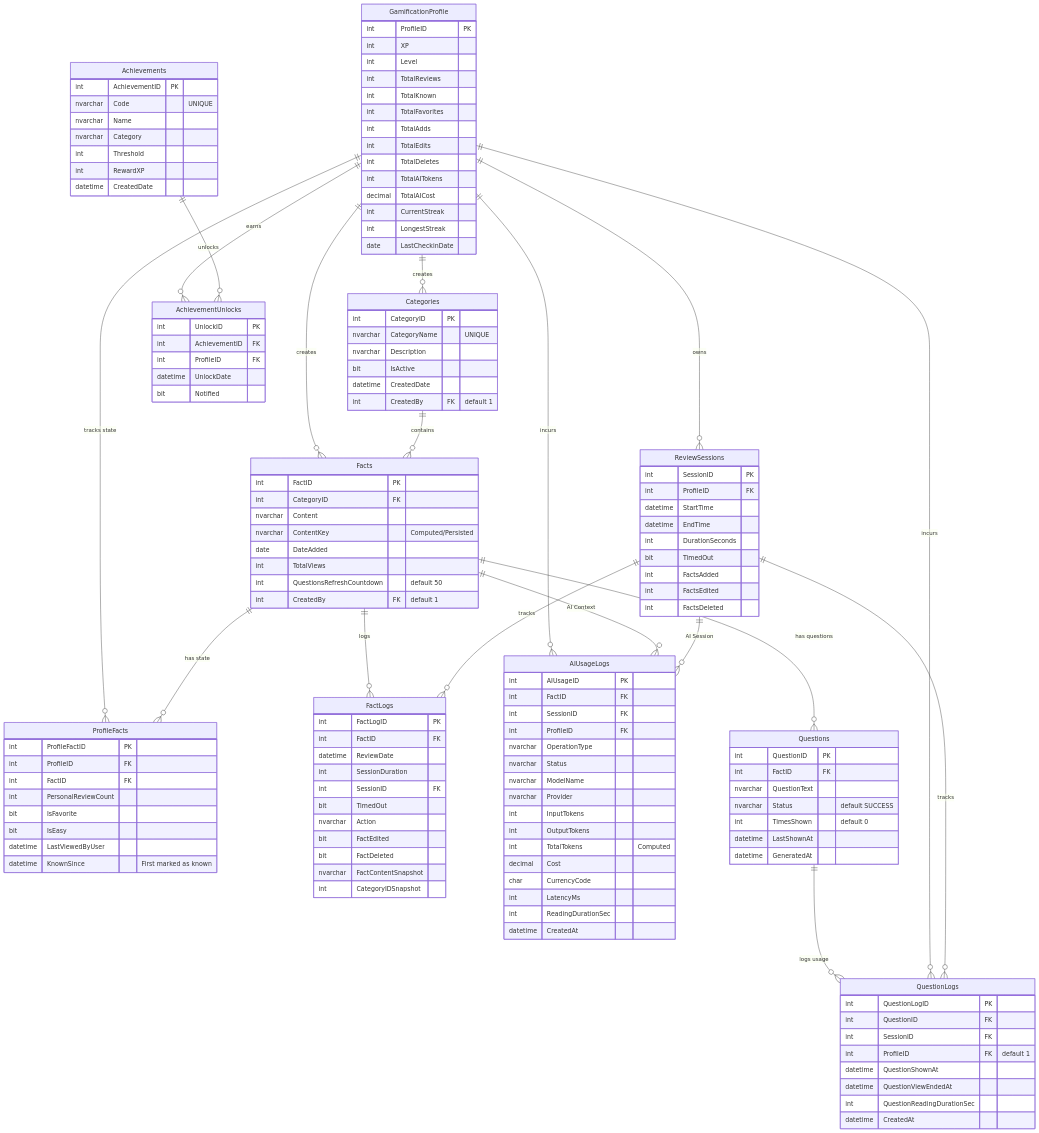
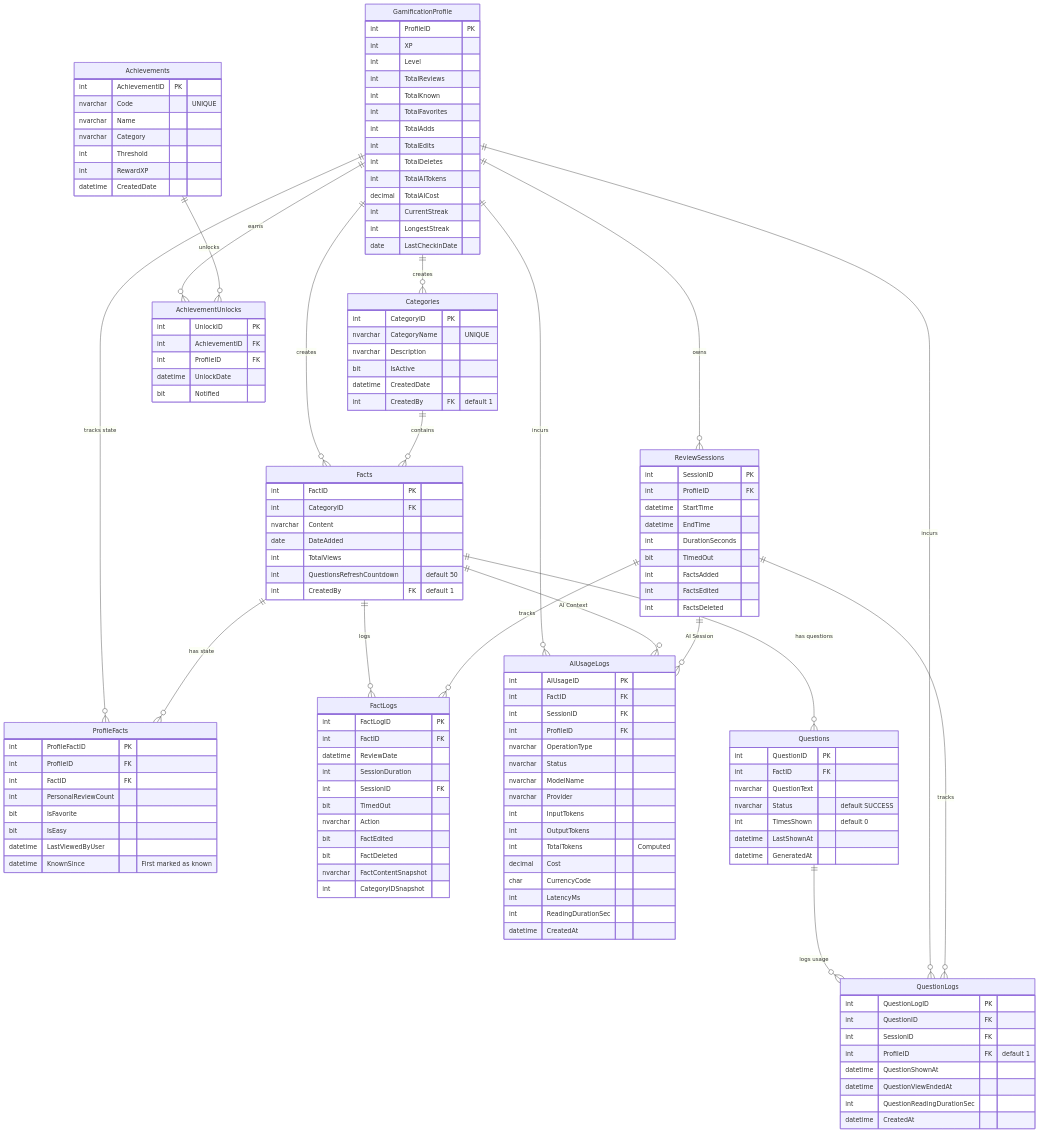
The diagram in database_setup/database_ERD.mmd (LordGauravB/FactDari), drawn with Mermaid before and after one commit. The commit also changed 1 other file, not shown here.

Commit message:
updated ERD

```diff
--- a/database_setup/database_ERD.mmd
+++ b/database_setup/database_ERD.mmd
@@ -1,163 +1,162 @@
 erDiagram
     GamificationProfile {
         int ProfileID PK
         int XP
         int Level
         int TotalReviews
         int TotalKnown
         int TotalFavorites
         int TotalAdds
         int TotalEdits
         int TotalDeletes
         int TotalAITokens
         decimal TotalAICost
         int CurrentStreak
         int LongestStreak
         date LastCheckinDate
     }
 
     Categories {
         int CategoryID PK
         nvarchar CategoryName "UNIQUE"
         nvarchar Description
         bit IsActive
         datetime CreatedDate
         int CreatedBy FK "default 1"
     }
 
     Facts {
         int FactID PK
         int CategoryID FK
         nvarchar Content
-        nvarchar ContentKey "Computed/Persisted"
         date DateAdded
         int TotalViews
         int QuestionsRefreshCountdown "default 50"
         int CreatedBy FK "default 1"
     }
 
     ProfileFacts {
         int ProfileFactID PK
         int ProfileID FK
         int FactID FK
         int PersonalReviewCount
         bit IsFavorite
         bit IsEasy
         datetime LastViewedByUser
         datetime KnownSince "First marked as known"
     }
 
     ReviewSessions {
         int SessionID PK
         int ProfileID FK
         datetime StartTime
         datetime EndTime
         int DurationSeconds
         bit TimedOut
         int FactsAdded
         int FactsEdited
         int FactsDeleted
     }
 
     FactLogs {
         int FactLogID PK
         int FactID FK
         datetime ReviewDate
         int SessionDuration
         int SessionID FK
         bit TimedOut
         nvarchar Action
         bit FactEdited
         bit FactDeleted
         nvarchar FactContentSnapshot
         int CategoryIDSnapshot
     }
 
     AIUsageLogs {
         int AIUsageID PK
         int FactID FK
         int SessionID FK
         int ProfileID FK
         nvarchar OperationType
         nvarchar Status
         nvarchar ModelName
         nvarchar Provider
         int InputTokens
         int OutputTokens
         int TotalTokens "Computed"
         decimal Cost
         char CurrencyCode
         int LatencyMs
         int ReadingDurationSec
         datetime CreatedAt
     }
 
     Questions {
         int QuestionID PK
         int FactID FK
         nvarchar QuestionText
         nvarchar Status "default SUCCESS"
         int TimesShown "default 0"
         datetime LastShownAt
         datetime GeneratedAt
     }
 
     QuestionLogs {
         int QuestionLogID PK
         int QuestionID FK
         int SessionID FK
         int ProfileID FK "default 1"
         datetime QuestionShownAt
         datetime QuestionViewEndedAt
         int QuestionReadingDurationSec
         datetime CreatedAt
     }
 
     Achievements {
         int AchievementID PK
         nvarchar Code "UNIQUE"
         nvarchar Name
         nvarchar Category
         int Threshold
         int RewardXP
         datetime CreatedDate
     }
 
     AchievementUnlocks {
         int UnlockID PK
         int AchievementID FK
         int ProfileID FK
         datetime UnlockDate
         bit Notified
     }
 
     %% --- Core Relationships ---
     GamificationProfile ||--o{ ReviewSessions : owns
     GamificationProfile ||--o{ AchievementUnlocks : earns
     GamificationProfile ||--o{ AIUsageLogs : incurs
     GamificationProfile ||--o{ ProfileFacts : "tracks state"
     
     %% --- Creator Tracking (Added these based on SQL FKs) ---
     GamificationProfile ||--o{ Categories : "creates"
     GamificationProfile ||--o{ Facts : "creates"
 
     %% --- Content Structure ---
     Categories ||--o{ Facts : contains
     Facts ||--o{ ProfileFacts : "has state"
     
     %% --- Logging & History ---
     Facts ||--o{ FactLogs : logs
     ReviewSessions ||--o{ FactLogs : tracks
     
     %% --- AI ---
     Facts ||--o{ AIUsageLogs : "AI Context"
     ReviewSessions ||--o{ AIUsageLogs : "AI Session"
 
     %% --- Questions ---
     Facts ||--o{ Questions : "has questions"
     Questions ||--o{ QuestionLogs : "logs usage"
     GamificationProfile ||--o{ QuestionLogs : "incurs"
     ReviewSessions ||--o{ QuestionLogs : "tracks"
 
     %% --- Gamification ---
     Achievements ||--o{ AchievementUnlocks : unlocks
```
